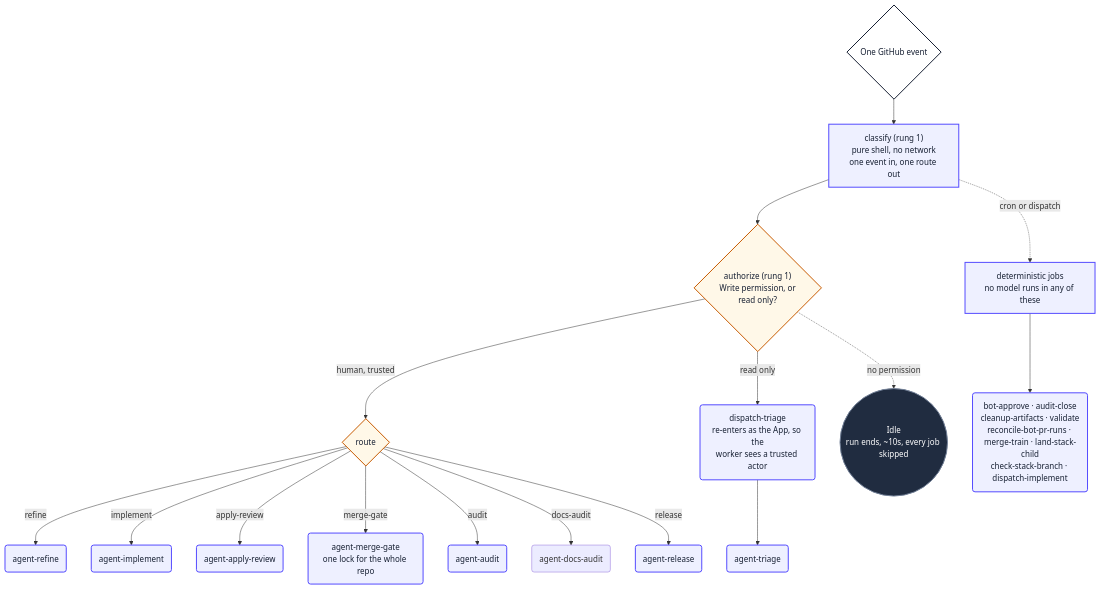
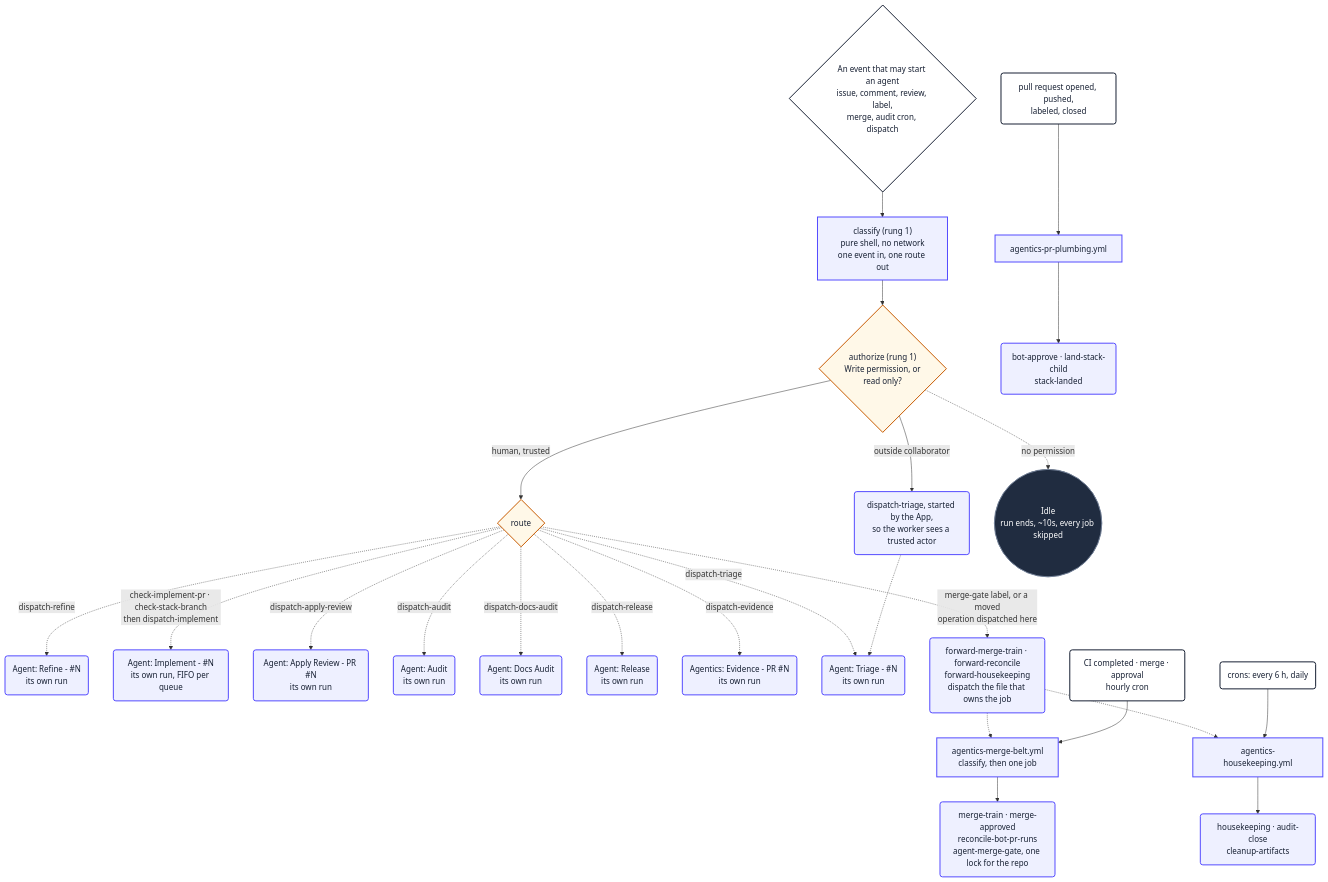
One commit to PlainConceptsPlatform/agentic-workflows changed the first of 16 diagrams in loops/docs/diagrams.md. Above: the diagram before and after it, drawn with Mermaid. The commit also changed other lines of this file and 37 other files, not shown here.

First line of the commit message:
refactor: split the router and dispatch every agent as its own run; 1.25.0 (#513)

````diff
--- a/loops/docs/diagrams.md
+++ b/loops/docs/diagrams.md
@@ -38,38 +45,49 @@
 ```mermaid
 flowchart TD
-    ev{"One GitHub event"} --> classify
+    ev{"An event that may start an agent<br/>issue, comment, review, label,<br/>merge, audit cron, dispatch"} --> classify
     classify["classify (rung 1)<br/>pure shell, no network<br/>one event in, one route out"] --> authorize
     authorize{"authorize (rung 1)<br/>Write permission, or<br/>read only?"}
     authorize -->|"human, trusted"| work
-    authorize -->|"read only"| triageOnly
+    authorize -->|"outside collaborator"| triageOnly
     authorize -.->|"no permission"| idle
-    work{"route"} -->|refine| wRefine
-    work -->|implement| wImpl
-    work -->|apply-review| wReview
-    work -->|merge-gate| wGate
-    work -->|audit| wAudit
-    work -->|docs-audit| wDocs
-    work -->|release| wRelease
-    triageOnly("dispatch-triage<br/>re-enters as the App, so the<br/>worker sees a trusted actor") --> wTriage
-    wRefine("agent-refine")
-    wImpl("agent-implement")
-    wReview("agent-apply-review")
-    wGate("agent-merge-gate<br/>one lock for the whole repo")
-    wAudit("agent-audit")
-    wDocs("agent-docs-audit")
-    wRelease("agent-release")
-    wTriage("agent-triage")
-    classify -.->|"cron or dispatch"| plumbing
-    plumbing["deterministic jobs<br/>no model runs in any of these"] --> pJobs
-    pJobs("bot-approve · audit-close<br/>cleanup-artifacts · validate<br/>reconcile-bot-pr-runs · merge-train · land-stack-child<br/>check-stack-branch · dispatch-implement")
+    work{"route"} -.->|"dispatch-refine"| wRefine
+    work -.->|"check-implement-pr · check-stack-branch<br/>then dispatch-implement"| wImpl
+    work -.->|"dispatch-apply-review"| wReview
+    work -.->|"dispatch-audit"| wAudit
+    work -.->|"dispatch-docs-audit"| wDocs
+    work -.->|"dispatch-release"| wRelease
+    work -.->|"dispatch-evidence"| wEvidence
+    work -.->|"dispatch-triage"| wTriage
+    triageOnly("dispatch-triage, started by the App,<br/>so the worker sees a trusted actor") -.-> wTriage
+    wRefine("Agent: Refine - #N<br/>its own run")
+    wImpl("Agent: Implement - #N<br/>its own run, FIFO per queue")
+    wReview("Agent: Apply Review - PR #N<br/>its own run")
+    wAudit("Agent: Audit<br/>its own run")
+    wDocs("Agent: Docs Audit<br/>its own run")
+    wRelease("Agent: Release<br/>its own run")
+    wEvidence("Agentics: Evidence - PR #N<br/>its own run")
+    wTriage("Agent: Triage - #N<br/>its own run")
+    work -.->|"merge-gate label, or a moved<br/>operation dispatched here"| fwd
+    fwd("forward-merge-train · forward-reconcile<br/>forward-housekeeping<br/>dispatch the file that owns the job")
+    fwd -.-> belt
+    fwd -.-> hk
+    evBelt("CI completed · merge · approval<br/>hourly cron") --> belt
+    belt["agentics-merge-belt.yml<br/>classify, then one job"] --> beltJobs
+    beltJobs("merge-train · merge-approved<br/>reconcile-bot-pr-runs<br/>agent-merge-gate, one lock for the repo")
+    evHk("crons: every 6 h, daily") --> hk
+    hk["agentics-housekeeping.yml"] --> hkJobs
+    hkJobs("housekeeping · audit-close<br/>cleanup-artifacts")
+    evPp("pull request opened, pushed,<br/>labeled, closed") --> pp
+    pp["agentics-pr-plumbing.yml"] --> ppJobs
+    ppJobs("bot-approve · land-stack-child<br/>stack-landed")
     idle(("Idle<br/>run ends, ~10s, every job skipped"))
 
     classDef start fill:#ffffff,stroke:#172033,stroke-width:2px,color:#172033
     classDef action fill:#eef0ff,stroke:#554cff,stroke-width:2px,color:#172033
     classDef decision fill:#fff8e8,stroke:#c75b00,stroke-width:2px,color:#172033
     classDef idle fill:#202c40,stroke:#738198,stroke-width:2px,color:#ffffff
-    class ev start
-    class classify,triageOnly,plumbing,pJobs,wRefine,wImpl,wReview,wGate,wAudit,wRelease,wTriage action
+    class ev,evBelt,evHk,evPp start
+    class classify,triageOnly,fwd,belt,beltJobs,hk,hkJobs,pp,ppJobs,wRefine,wImpl,wReview,wAudit,wDocs,wRelease,wEvidence,wTriage action
     class authorize,work decision
     class idle idle
 ```
````
